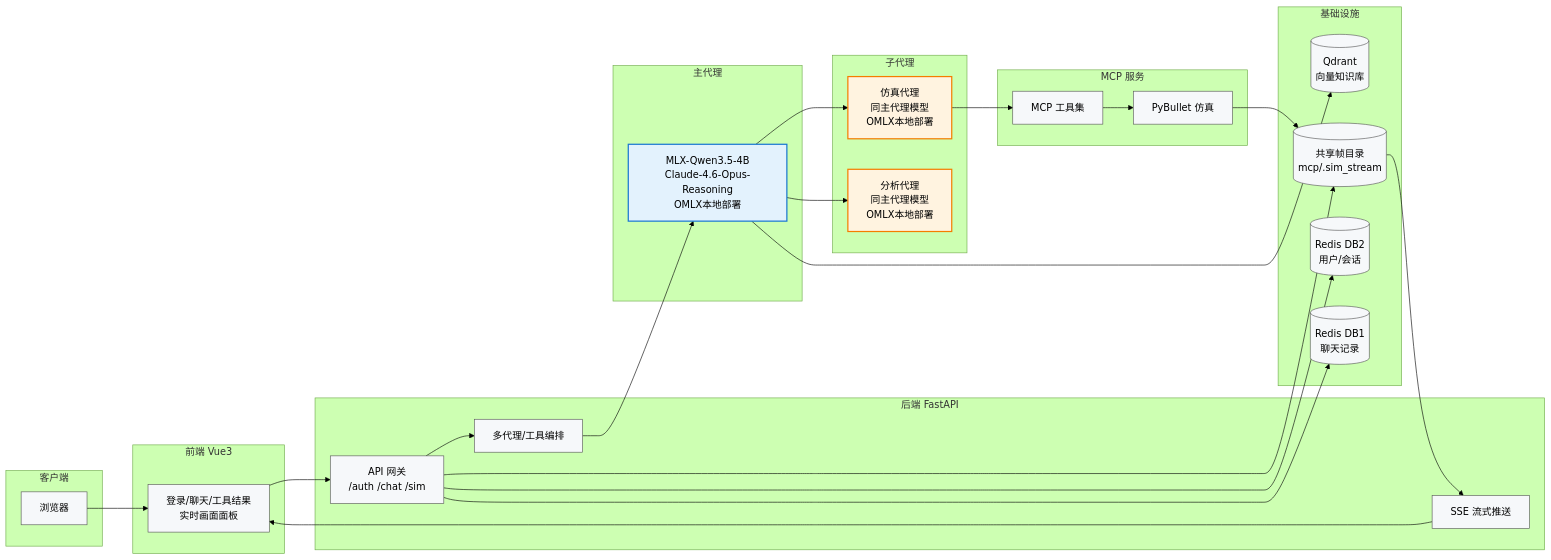
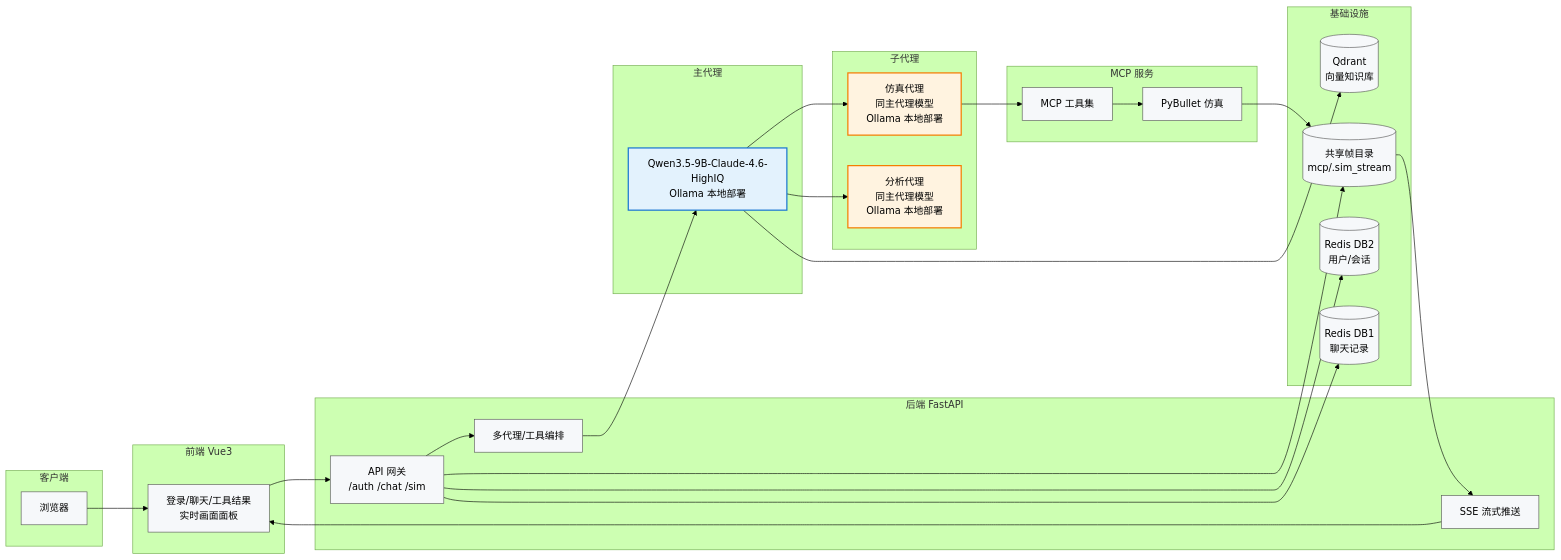
One commit to Playitcooool/robotagent changed the diagram in charts/architecture.md. Above: the diagram before and after it, drawn with Mermaid (forest theme). The commit also changed 4 other files, not shown here.

First line of the commit message:
Update charts: fix outdated model names and requirements

````diff
--- a/charts/architecture.md
+++ b/charts/architecture.md
@@ -3,62 +3,62 @@
 ```mermaid
 flowchart LR
   subgraph Client[客户端]
     browser[浏览器]
   end
 
   subgraph Frontend[前端 Vue3]
     ui[登录/聊天/工具结果
 实时画面面板]
   end
 
   subgraph Backend[后端 FastAPI]
     api[API 网关
 /auth /chat /sim]
     agent[多代理/工具编排]
     stream[SSE 流式推送]
   end
 
   subgraph Infra[基础设施]
     redis_auth[(Redis DB2
 用户/会话)]
     redis_chat[(Redis DB1
 聊天记录)]
     qdrant[(Qdrant
 向量知识库)]
     sim_dir[(共享帧目录
 mcp/.sim_stream)]
   end
 
   subgraph MCP[MCP 服务]
     pyb[PyBullet 仿真]
     tools[MCP 工具集]
   end
 
   subgraph MainAgent[主代理]
-    main_llm[MLX-Qwen3.5-4B<br/>Claude-4.6-Opus-Reasoning<br/>OMLX本地部署]
+    main_llm[Qwen3.5-9B-Claude-4.6-HighIQ<br/>Ollama 本地部署]
   end
 
   subgraph SubAgents[子代理]
-    sim_agent[仿真代理<br/>同主代理模型<br/>OMLX本地部署]
-    anal_agent[分析代理<br/>同主代理模型<br/>OMLX本地部署]
+    sim_agent[仿真代理<br/>同主代理模型<br/>Ollama 本地部署]
+    anal_agent[分析代理<br/>同主代理模型<br/>Ollama 本地部署]
   end
 
   browser --> ui --> api
   api --> agent
   agent --> main_llm
   main_llm --> sim_agent
   main_llm --> anal_agent
   sim_agent --> tools
   tools --> pyb --> sim_dir
   api --> sim_dir --> stream --> ui
   api --> redis_auth
   api --> redis_chat
   main_llm --> qdrant
 
   classDef box fill:#f6f8fa,stroke:#555,stroke-width:1px;
   classDef main fill:#e3f2fd,stroke:#1976d2,stroke-width:2px;
   classDef sub fill:#fff3e0,stroke:#f57c00,stroke-width:2px;
   class browser,ui,api,agent,stream,redis_auth,redis_chat,qdrant,sim_dir,pyb,tools box;
   class main_llm main;
   class sim_agent,anal_agent sub;
 ```
````
